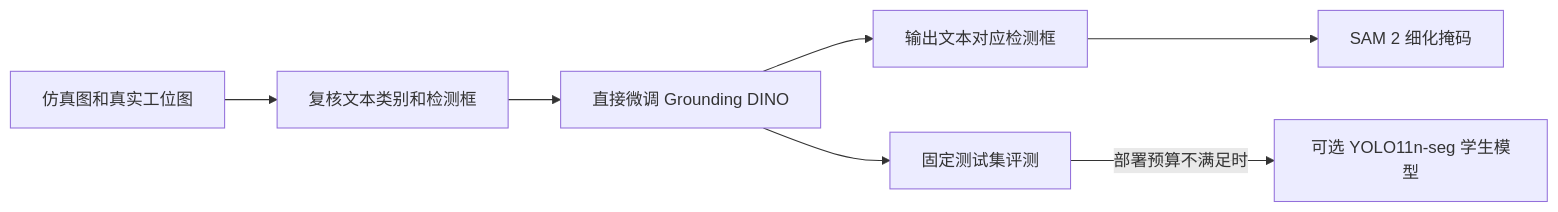
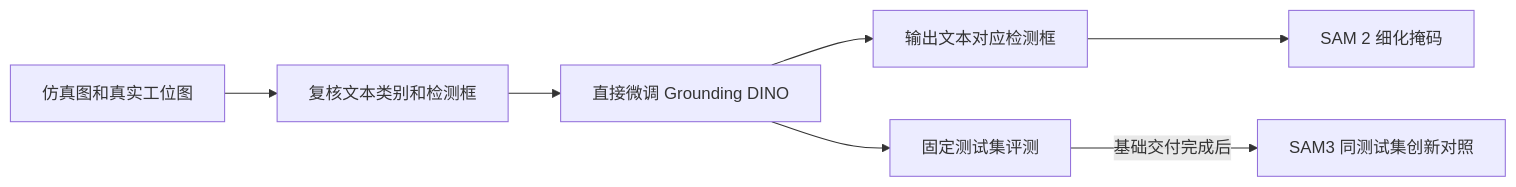
One commit to Yiannnn-202/SensorAgent changed the diagram in docs/team/vision_handoff_cn.md. Above: the diagram before and after it, drawn with Mermaid. The commit also changed other lines of this file and 12 other files, not shown here.

````diff
--- a/docs/team/vision_handoff_cn.md
+++ b/docs/team/vision_handoff_cn.md
@@ -47,9 +52,9 @@
 ```mermaid
 flowchart LR
   data["仿真图和真实工位图"] --> review["复核文本类别和检测框"]
   review --> dino["直接微调 Grounding DINO"]
   dino --> box["输出文本对应检测框"]
   box --> sam["SAM 2 细化掩码"]
   dino --> test["固定测试集评测"]
-  test -->|"部署预算不满足时"| student["可选 YOLO11n-seg 学生模型"]
+  test -->|"基础交付完成后"| sam3["SAM3 同测试集创新对照"]
 ```
````
